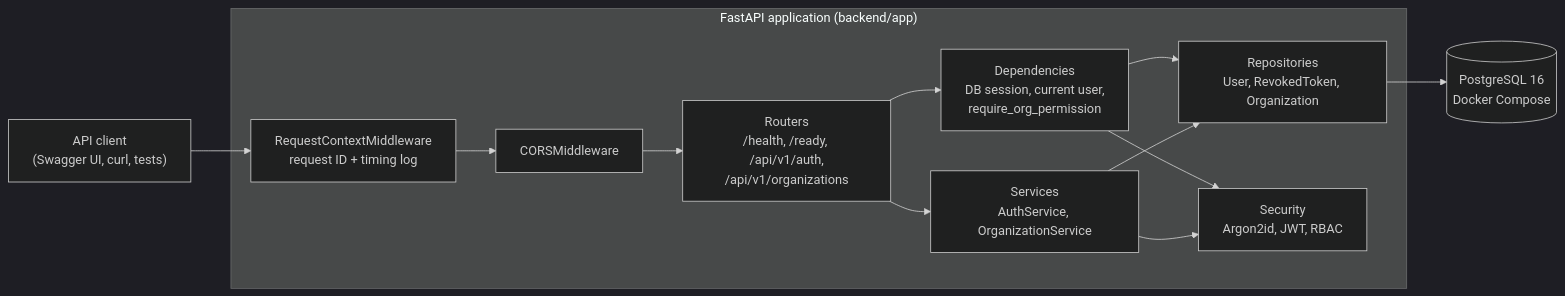
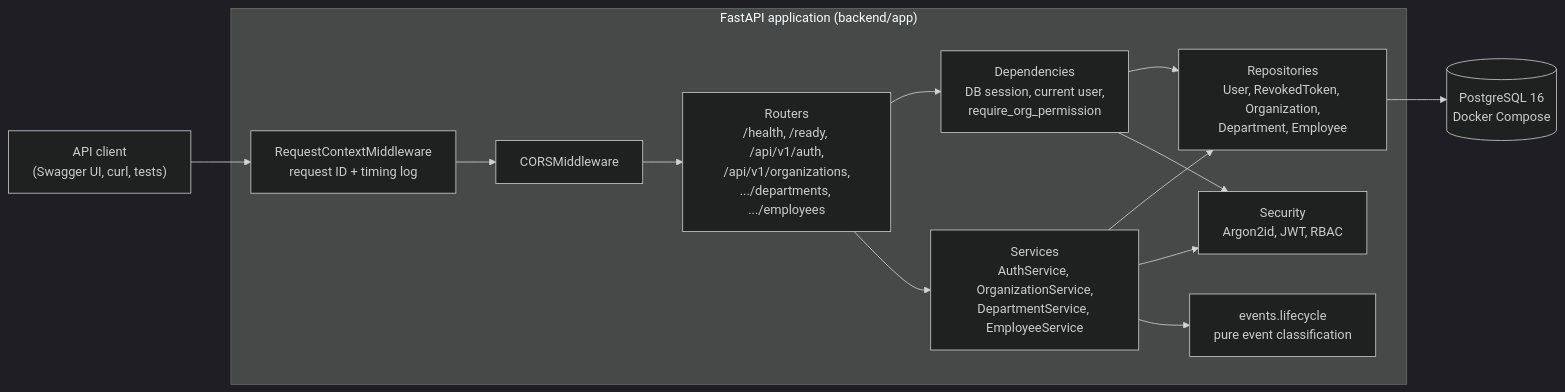
Before and after one commit to praneeth-srikurmadasu/syncforge: the first of 2 diagrams in docs/05-system-architecture.md, drawn with Mermaid (dark theme). The commit also changed other lines of this file and 9 other files, not shown here.

````diff
--- a/docs/05-system-architecture.md
+++ b/docs/05-system-architecture.md
@@ -8,23 +8,25 @@
 ```mermaid
 flowchart LR
     client["API client<br/>(Swagger UI, curl, tests)"]
     subgraph api["FastAPI application (backend/app)"]
         mw["RequestContextMiddleware<br/>request ID + timing log"]
         cors["CORSMiddleware"]
-        routes["Routers<br/>/health, /ready, /api/v1/auth,<br/>/api/v1/organizations"]
+        routes["Routers<br/>/health, /ready, /api/v1/auth,<br/>/api/v1/organizations,<br/>.../departments, .../employees"]
         deps["Dependencies<br/>DB session, current user,<br/>require_org_permission"]
-        svc["Services<br/>AuthService, OrganizationService"]
-        repo["Repositories<br/>User, RevokedToken, Organization"]
+        svc["Services<br/>AuthService, OrganizationService,<br/>DepartmentService, EmployeeService"]
+        events["events.lifecycle<br/>pure event classification"]
+        repo["Repositories<br/>User, RevokedToken, Organization,<br/>Department, Employee"]
         sec["Security<br/>Argon2id, JWT, RBAC"]
     end
     db[("PostgreSQL 16<br/>Docker Compose")]
 
     client --> mw --> cors --> routes
     routes --> deps
     routes --> svc
     deps --> repo
     deps --> sec
     svc --> repo
     svc --> sec
+    svc --> events
     repo --> db
 ```
````
